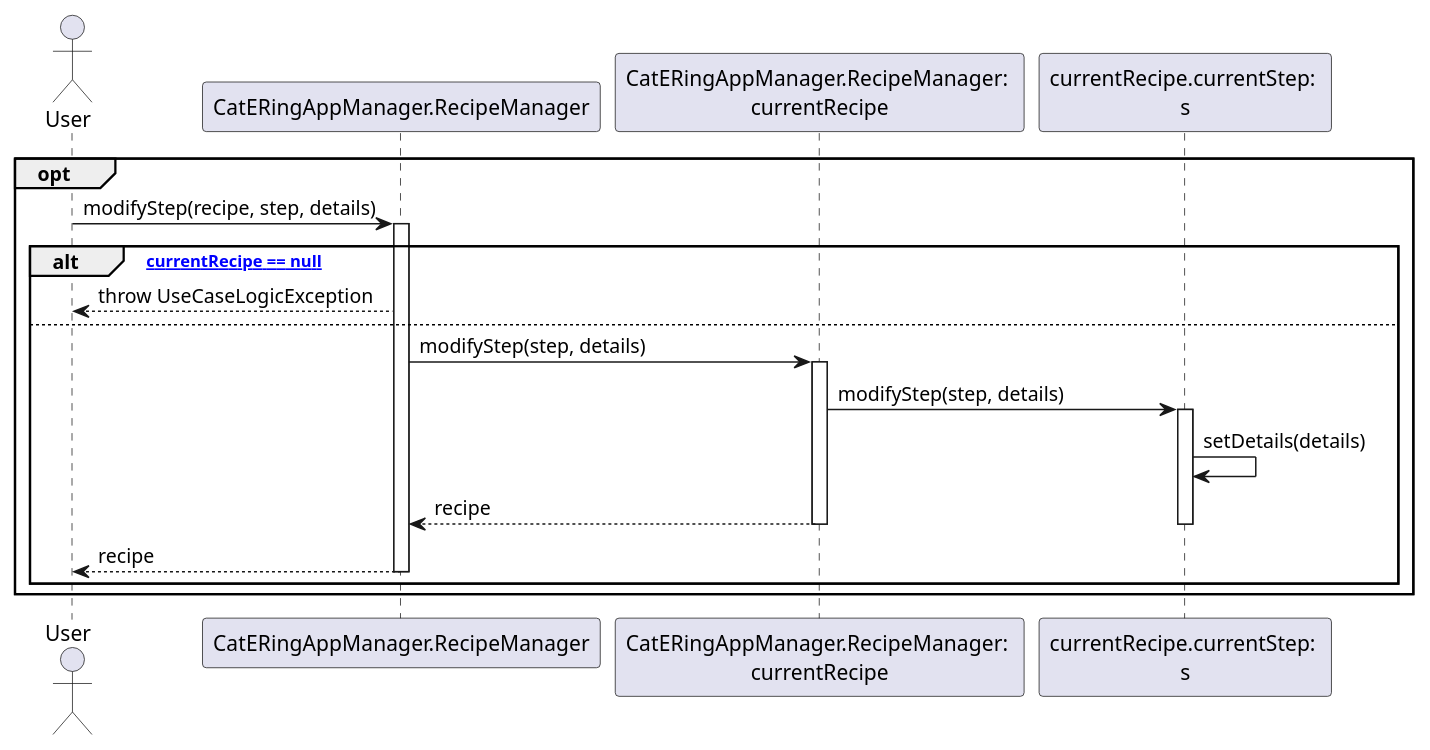
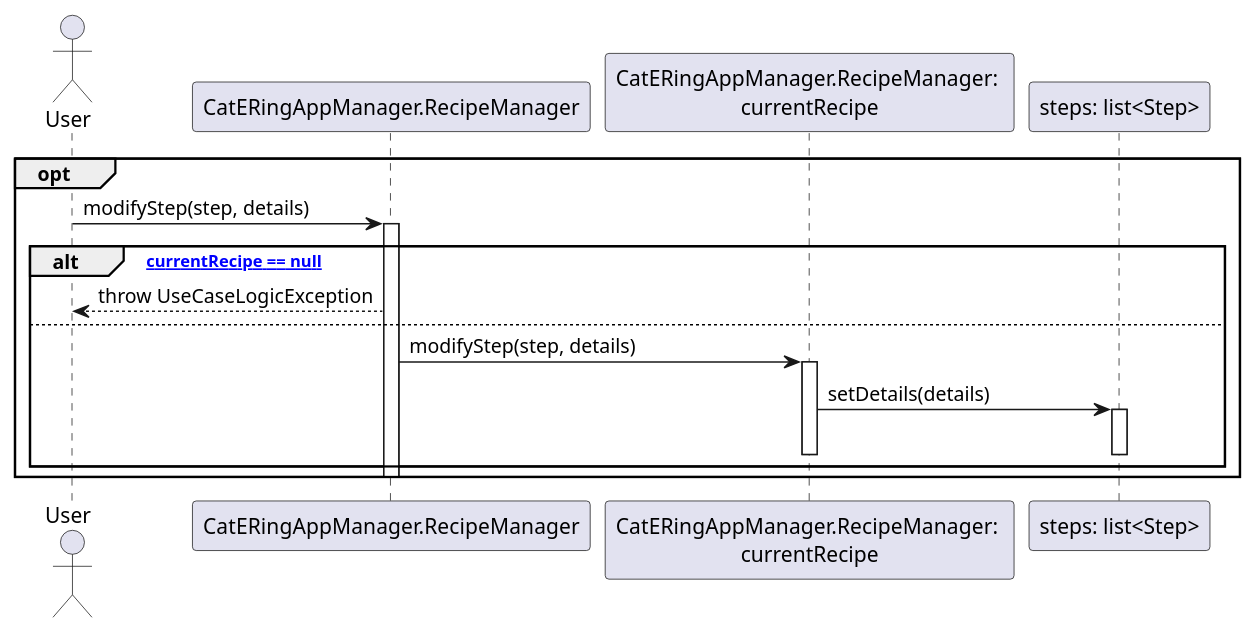
One commit to m0canu1/sas changed the diagram in dsd/dsd-ricette/2a-modifyStep.md. Above: the diagram before and after it, drawn with PlantUML. The commit also changed 8 other files, not shown here.

````diff
--- a/dsd/dsd-ricette/2a-modifyStep.md
+++ b/dsd/dsd-ricette/2a-modifyStep.md
@@ -1,30 +1,23 @@
 ```plantuml
 Actor User
 Participant "CatERingAppManager.RecipeManager" as RM 
 Participant "CatERingAppManager.RecipeManager: \ncurrentRecipe" as CR
-Participant "currentRecipe.currentStep: \ns" as CS 
+Participant "steps: list<Step>" as CS 
 opt
-    User -> RM: modifyStep(recipe, step, details)
+    User -> RM: modifyStep(step, details)
     Activate RM
     alt ["currentRecipe == null"]
         RM --> User: throw UseCaseLogicException
     
     else
         RM -> CR: modifyStep(step, details)
         Activate CR
         
-        CR -> CS: modifyStep(step, details)
+        CR -> CS: setDetails(details)
         Activate CS
-    
-        CS -> CS: setDetails(details)
-       
-       
-        CR --> RM: recipe
-        Deactivate CS
-        Deactivate CR
-    
-        RM --> User: recipe
-        Deactivate RM
+        Deactivate CS       
+        Deactivate CR    
     end
+    Deactivate RM
 end
 ```
````
